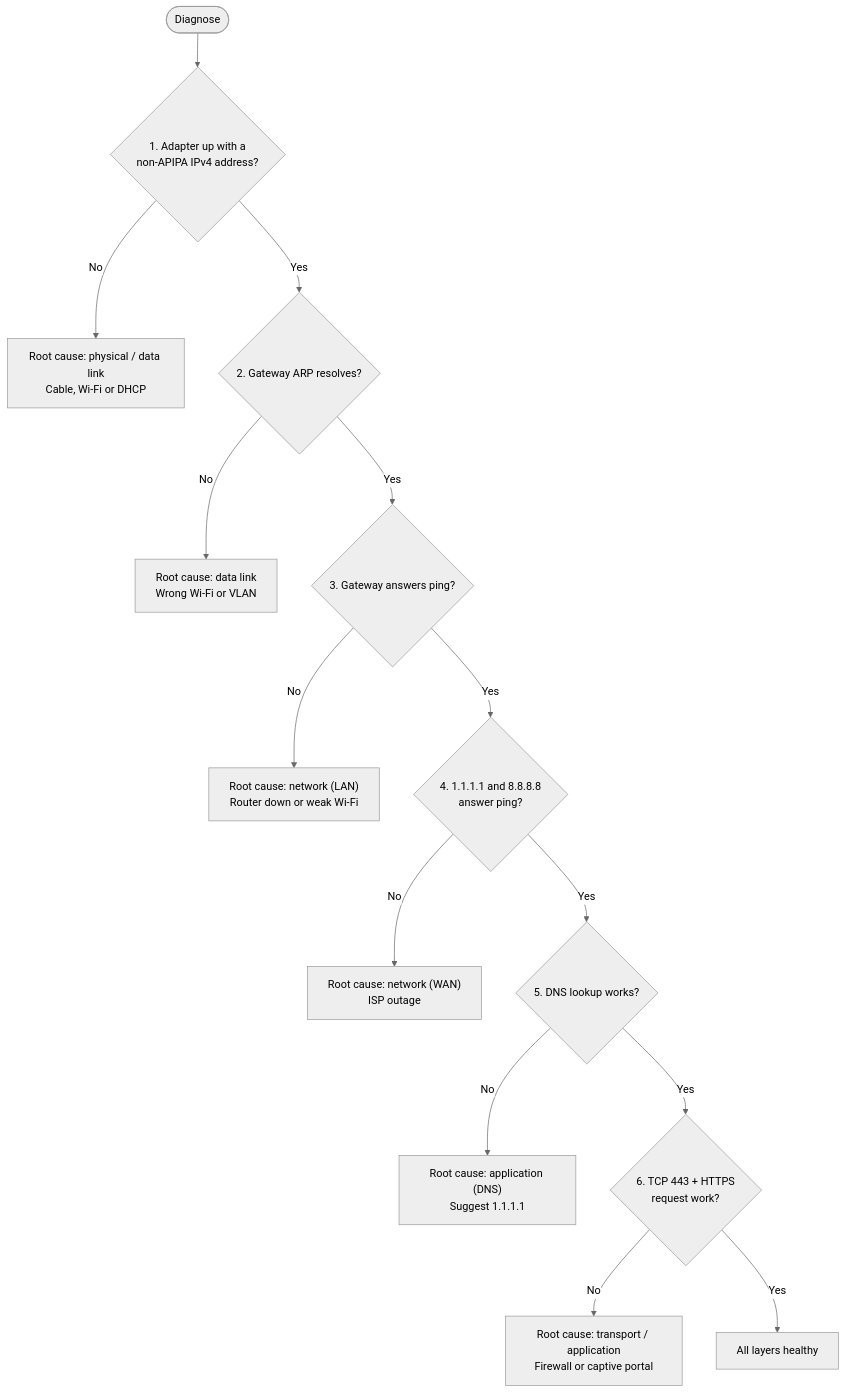
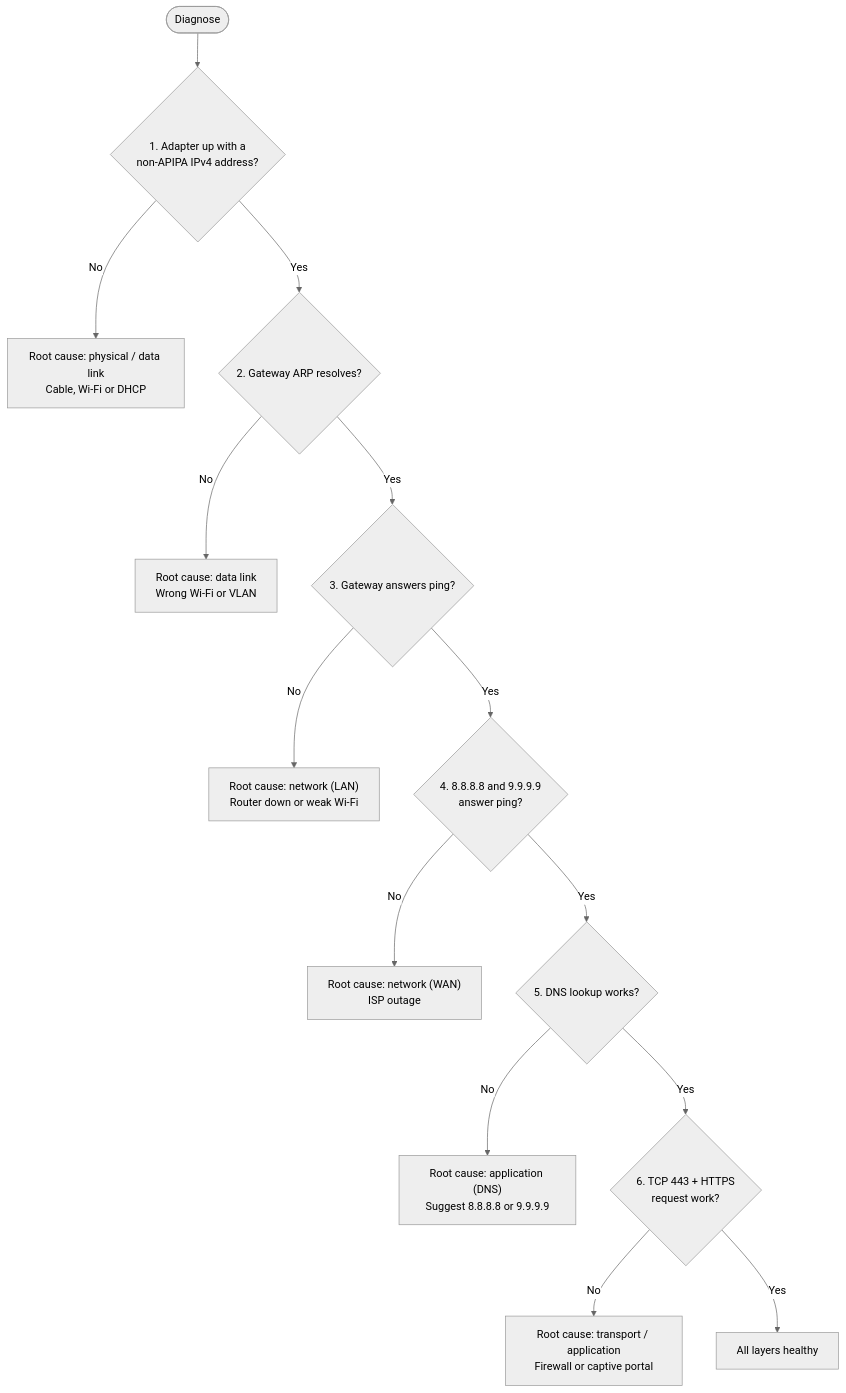
The fourth of 6 diagrams in docs/diagrams/chapter2_diagrams.md (KirkGamo/kinlan), drawn with Mermaid (neutral theme) before and after one commit. The commit also changed other lines of this file and 10 other files, not shown here.

````diff
--- a/docs/diagrams/chapter2_diagrams.md
+++ b/docs/diagrams/chapter2_diagrams.md
@@ -125,16 +125,16 @@
 ```mermaid
 flowchart TD
     S([Diagnose]) --> T1{"1. Adapter up with a<br/>non-APIPA IPv4 address?"}
     T1 -- No --> R1["Root cause: physical / data link<br/>Cable, Wi-Fi or DHCP"]
     T1 -- Yes --> T2{"2. Gateway ARP resolves?"}
     T2 -- No --> R2["Root cause: data link<br/>Wrong Wi-Fi or VLAN"]
     T2 -- Yes --> T3{"3. Gateway answers ping?"}
     T3 -- No --> R3["Root cause: network (LAN)<br/>Router down or weak Wi-Fi"]
-    T3 -- Yes --> T4{"4. 1.1.1.1 and 8.8.8.8<br/>answer ping?"}
+    T3 -- Yes --> T4{"4. 8.8.8.8 and 9.9.9.9<br/>answer ping?"}
     T4 -- No --> R4["Root cause: network (WAN)<br/>ISP outage"]
     T4 -- Yes --> T5{"5. DNS lookup works?"}
-    T5 -- No --> R5["Root cause: application (DNS)<br/>Suggest 1.1.1.1"]
+    T5 -- No --> R5["Root cause: application (DNS)<br/>Suggest 8.8.8.8 or 9.9.9.9"]
     T5 -- Yes --> T6{"6. TCP 443 + HTTPS<br/>request work?"}
     T6 -- No --> R6["Root cause: transport / application<br/>Firewall or captive portal"]
     T6 -- Yes --> OK["All layers healthy"]
 ```
````
